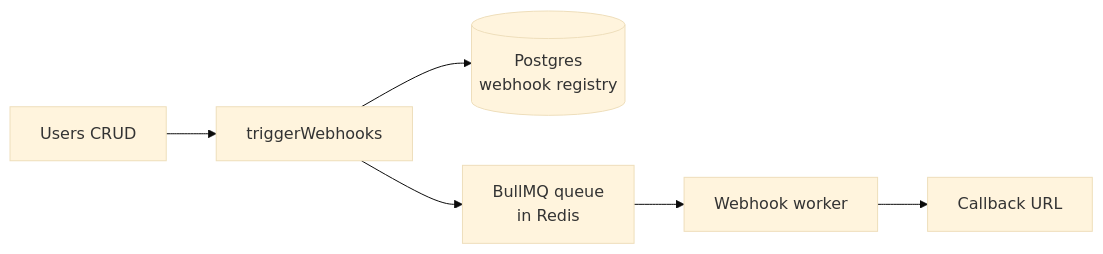
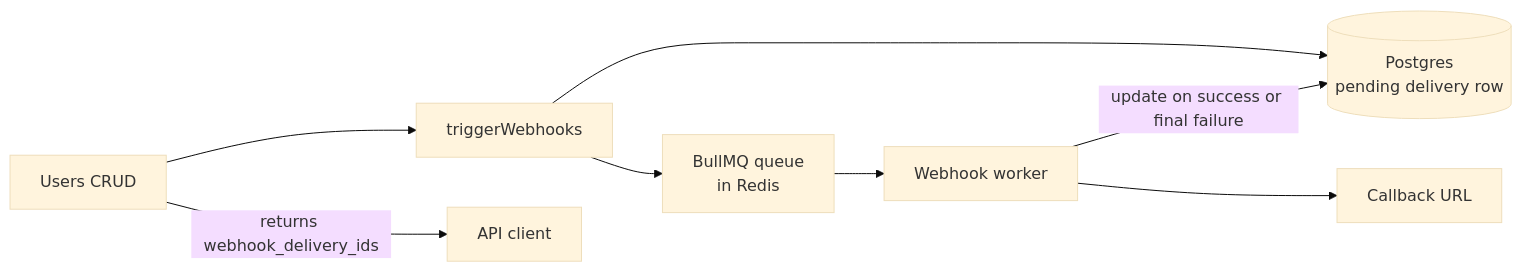
The third of 5 diagrams in README.md (gerimujo496/rate-limiter), drawn with Mermaid (base theme) before and after one commit. The commit also changed other lines of this file and 17 other files, not shown here.

Commit message:
webhook delivery monitoring

````diff
--- a/README.md
+++ b/README.md
@@ -159,8 +166,10 @@
 ```mermaid
 flowchart LR
     Users[Users CRUD] --> Trigger[triggerWebhooks]
-    Trigger --> PG[(Postgres<br/>webhook registry)]
+    Trigger --> PG[(Postgres<br/>pending delivery row)]
     Trigger --> Q[BullMQ queue<br/>in Redis]
+    Users -->|returns webhook_delivery_ids| Client[API client]
     Q --> Worker[Webhook worker]
     Worker --> CB[Callback URL]
+    Worker -->|update on success or final failure| PG
 ```
````
